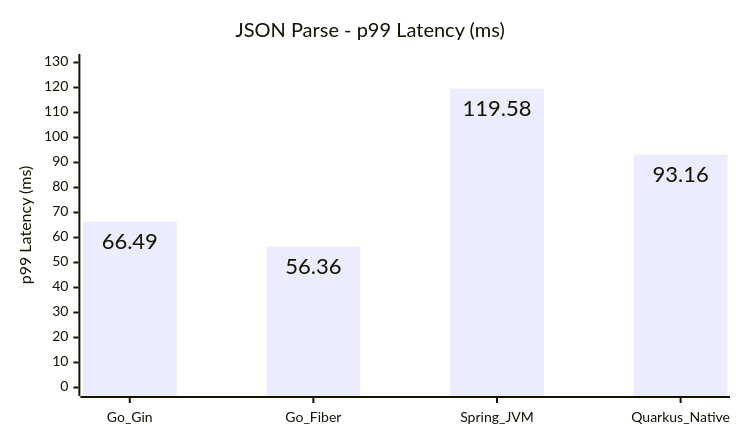
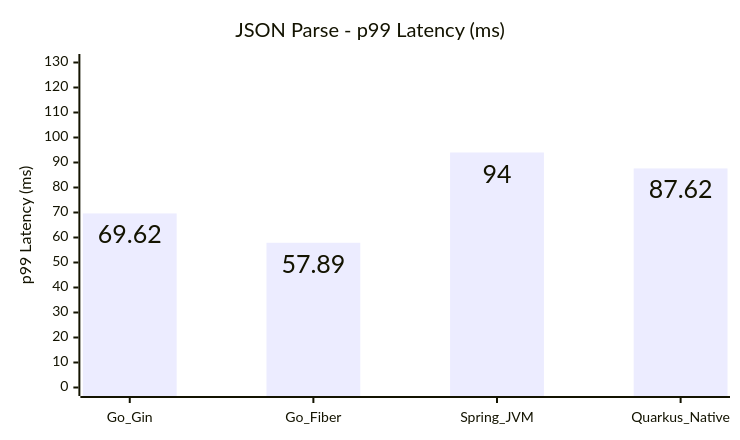
Before and after one commit to hiiamtin/go-vs-java: the eighth of 15 diagrams in COMPARISON_REPORT.md, drawn with Mermaid. The commit also changed other lines of this file and 93 other files, not shown here.

````diff
--- a/COMPARISON_REPORT.md
+++ b/COMPARISON_REPORT.md
@@ -159,14 +159,14 @@
 ```mermaid
 ---
 config:
   xyChart:
     width: 720
     height: 420
     showDataLabel: true
 ---
 xychart
     title "JSON Parse - p99 Latency (ms)"
     x-axis [Go_Gin, Go_Fiber, Spring_JVM, Quarkus_Native]
     y-axis "p99 Latency (ms)" 0 --> 130
-    bar [66.49, 56.36, 119.58, 93.16]
+    bar [69.62, 57.89, 94.00, 87.62]
 ```
````
